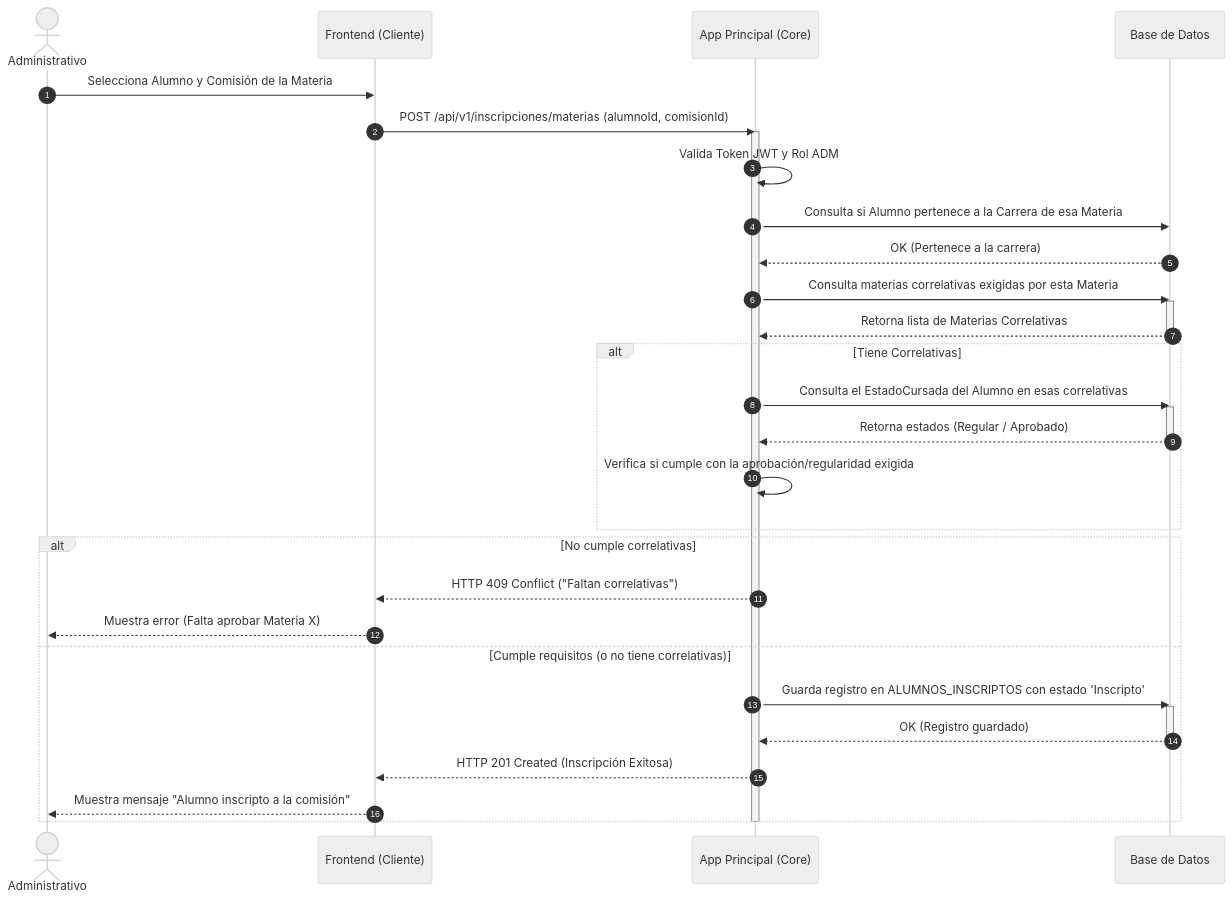
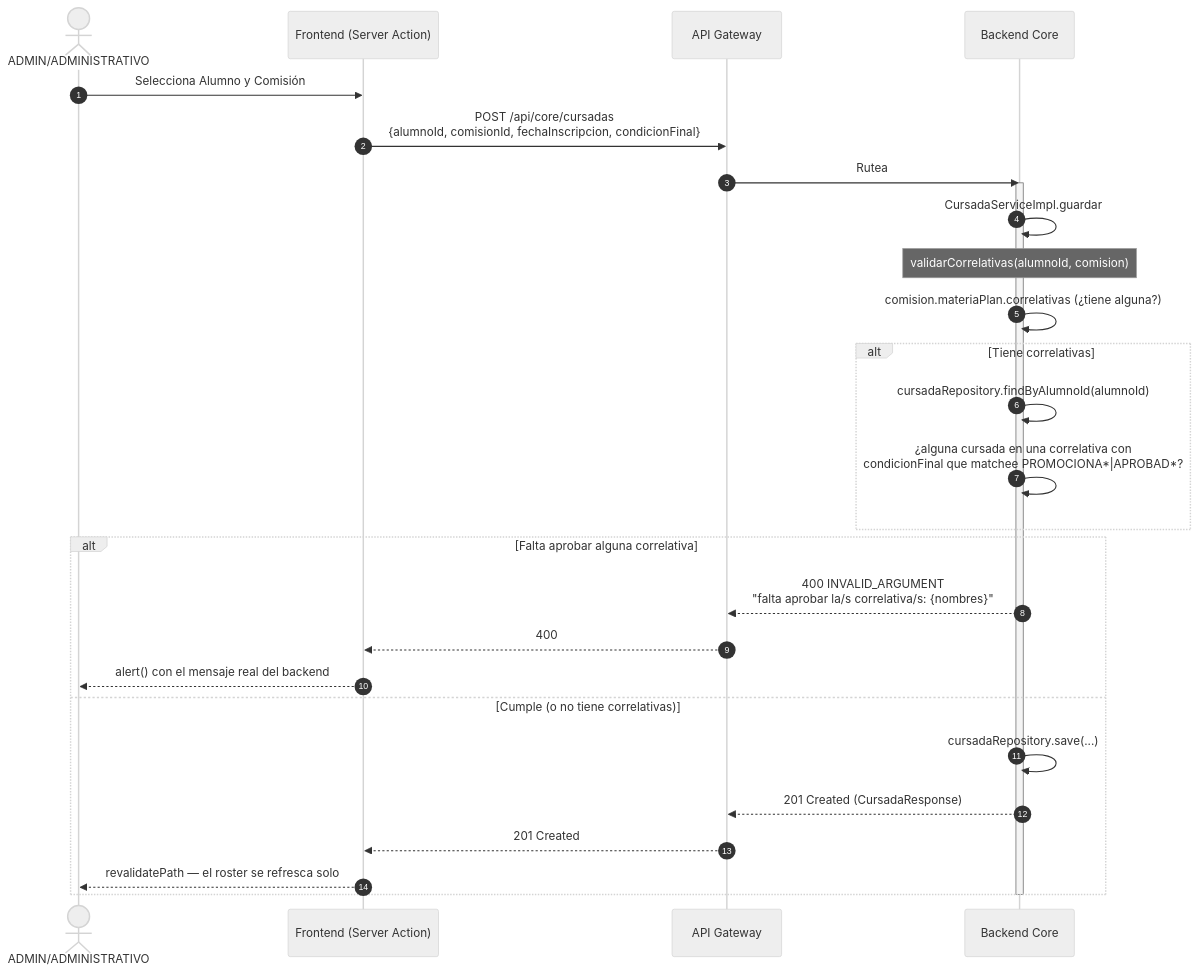
One commit to JuancaSterba/web-2026-itec changed the second of 2 diagrams in docs/Diagrama_Secuencia_Inscripciones.md. Above: the diagram before and after it, drawn with Mermaid (neutral theme). The commit also changed other lines of this file and 4 other files, not shown here.

First line of the commit message:
docs: actualizar Modelo_Datos.md y diagramas contra el modelo real

````diff
--- a/docs/Diagrama_Secuencia_Inscripciones.md
+++ b/docs/Diagrama_Secuencia_Inscripciones.md
@@ -50,48 +36,35 @@
 ```mermaid
 sequenceDiagram
     autonumber
-    actor Administrativo
-    participant Frontend as Frontend (Cliente)
-    participant Core as App Principal (Core)
-    participant DB as Base de Datos
+    actor Admin as ADMIN/ADMINISTRATIVO
+    participant Frontend as Frontend (Server Action)
+    participant Gateway as API Gateway
+    participant Core as Backend Core
 
-    Administrativo->>Frontend: Selecciona Alumno y Comisión de la Materia
-    Frontend->>Core: POST /api/v1/inscripciones/materias (alumnoId, comisionId)
-    
+    Admin->>Frontend: Selecciona Alumno y Comisión
+    Frontend->>Gateway: POST /api/core/cursadas<br/>{alumnoId, comisionId, fechaInscripcion, condicionFinal}
+    Gateway->>Core: Rutea
+
     activate Core
-    Core->>Core: Valida Token JWT y Rol ADM
-    
-    %% Validación de pertenencia a carrera
-    Core->>DB: Consulta si Alumno pertenece a la Carrera de esa Materia
-    DB-->>Core: OK (Pertenece a la carrera)
-    
-    %% Validación de Correlatividades
-    Core->>DB: Consulta materias correlativas exigidas por esta Materia
-    activate DB
-    DB-->>Core: Retorna lista de Materias Correlativas
-    deactivate DB
-    
-    alt Tiene Correlativas
-        Core->>DB: Consulta el EstadoCursada del Alumno en esas correlativas
-        activate DB
-        DB-->>Core: Retorna estados (Regular / Aprobado)
-        deactivate DB
-        
-        Core->>Core: Verifica si cumple con la aprobación/regularidad exigida
+    Core->>Core: CursadaServiceImpl.guardar
+
+    Note over Core: validarCorrelativas(alumnoId, comision)
+    Core->>Core: comision.materiaPlan.correlativas (¿tiene alguna?)
+
+    alt Tiene correlativas
+        Core->>Core: cursadaRepository.findByAlumnoId(alumnoId)
+        Core->>Core: ¿alguna cursada en una correlativa con<br/>condicionFinal que matchee PROMOCIONA*|APROBAD*?
     end
-    
-    alt No cumple correlativas
-        Core-->>Frontend: HTTP 409 Conflict ("Faltan correlativas")
-        Frontend-->>Administrativo: Muestra error (Falta aprobar Materia X)
-    else Cumple requisitos (o no tiene correlativas)
-        Core->>DB: Guarda registro en ALUMNOS_INSCRIPTOS con estado 'Inscripto'
-        activate DB
-        DB-->>Core: OK (Registro guardado)
-        deactivate DB
-        
-        Core-->>Frontend: HTTP 201 Created (Inscripción Exitosa)
-        Frontend-->>Administrativo: Muestra mensaje "Alumno inscripto a la comisión"
+
+    alt Falta aprobar alguna correlativa
+        Core-->>Gateway: 400 INVALID_ARGUMENT<br/>"falta aprobar la/s correlativa/s: {nombres}"
+        Gateway-->>Frontend: 400
+        Frontend-->>Admin: alert() con el mensaje real del backend
+    else Cumple (o no tiene correlativas)
+        Core->>Core: cursadaRepository.save(...)
+        Core-->>Gateway: 201 Created (CursadaResponse)
+        Gateway-->>Frontend: 201 Created
+        Frontend-->>Admin: revalidatePath — el roster se refresca solo
     end
-    
     deactivate Core
 ```
````
